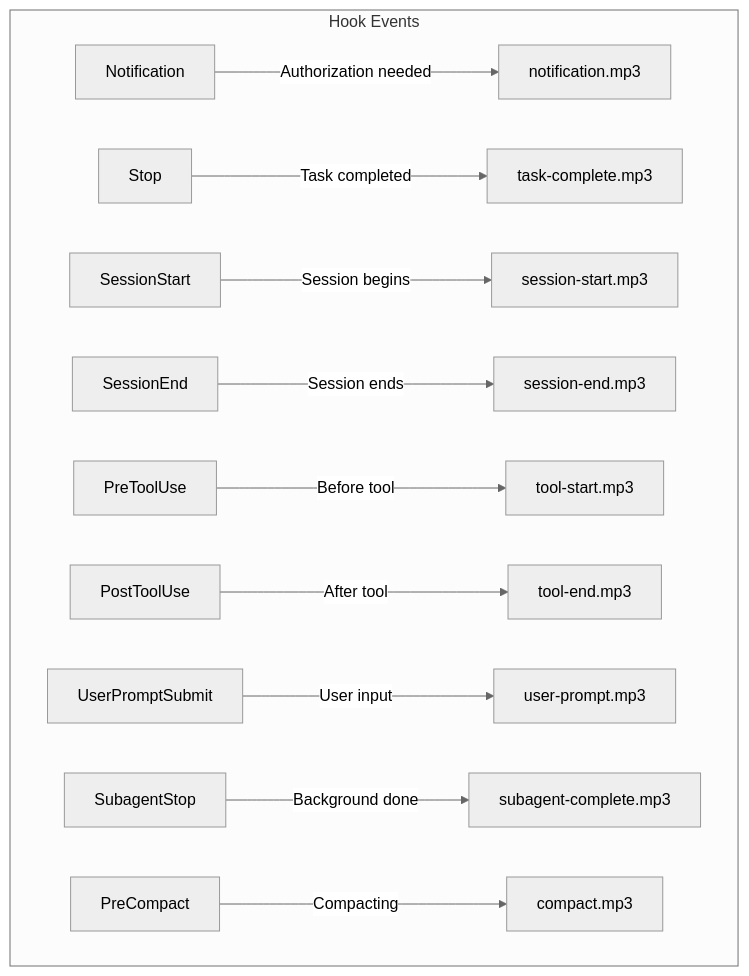
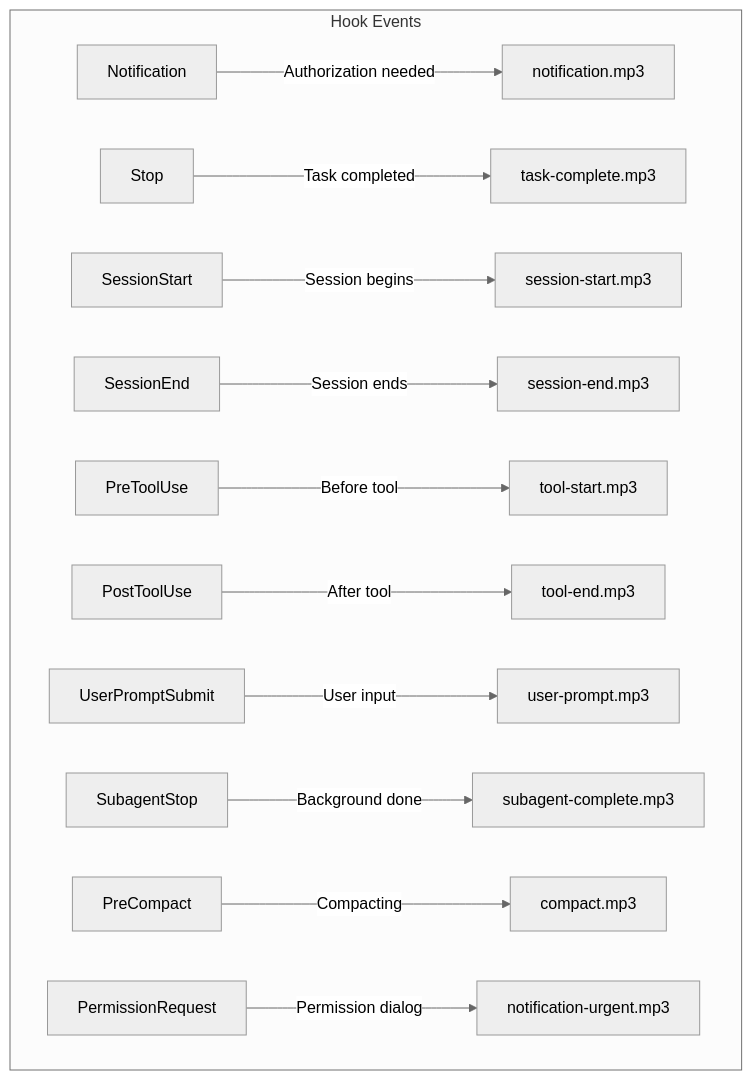
The third of 4 diagrams in CLAUDE.md (tozaki1545atebau/claude-code-audio-hooks), drawn with Mermaid (neutral theme) before and after one commit. The commit also changed other lines of this file and 6 other files, not shown here.

First line of the commit message:
feat: add PermissionRequest hook support (closes #5)

````diff
--- a/CLAUDE.md
+++ b/CLAUDE.md
@@ -119,14 +119,15 @@
 ```mermaid
 graph TD
     subgraph "Hook Events"
         H1[Notification] -->|"Authorization needed"| A1[notification.mp3]
         H2[Stop] -->|"Task completed"| A2[task-complete.mp3]
         H3[SessionStart] -->|"Session begins"| A3[session-start.mp3]
         H4[SessionEnd] -->|"Session ends"| A4[session-end.mp3]
         H5[PreToolUse] -->|"Before tool"| A5[tool-start.mp3]
         H6[PostToolUse] -->|"After tool"| A6[tool-end.mp3]
         H7[UserPromptSubmit] -->|"User input"| A7[user-prompt.mp3]
         H8[SubagentStop] -->|"Background done"| A8[subagent-complete.mp3]
         H9[PreCompact] -->|"Compacting"| A9[compact.mp3]
+        H10[PermissionRequest] -->|"Permission dialog"| A10[notification-urgent.mp3]
     end
 ```
````
